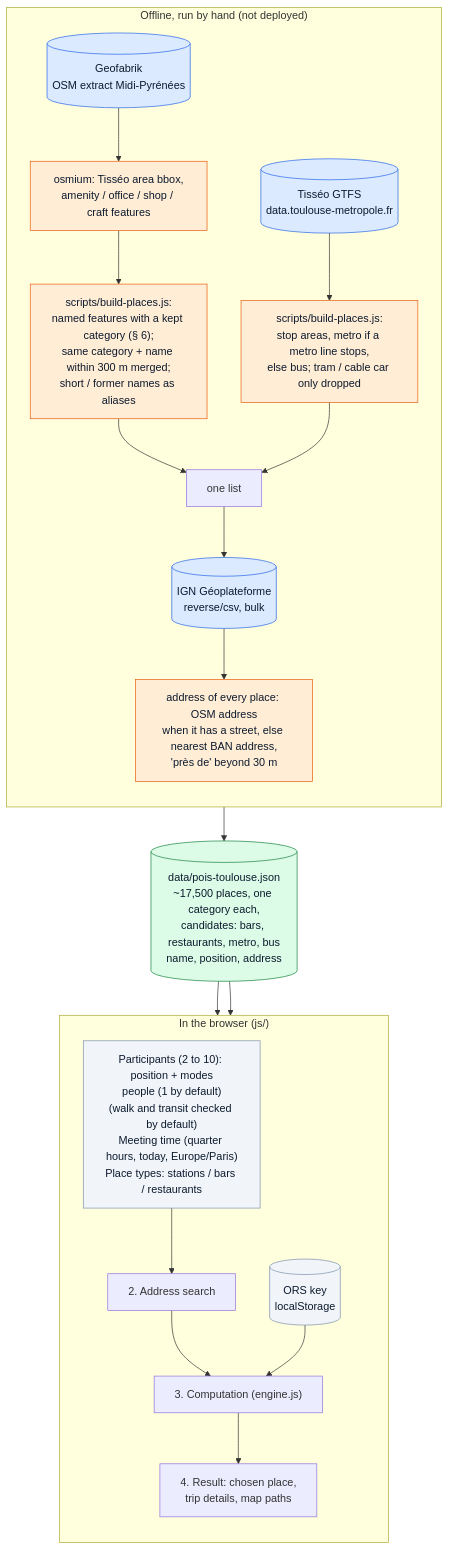
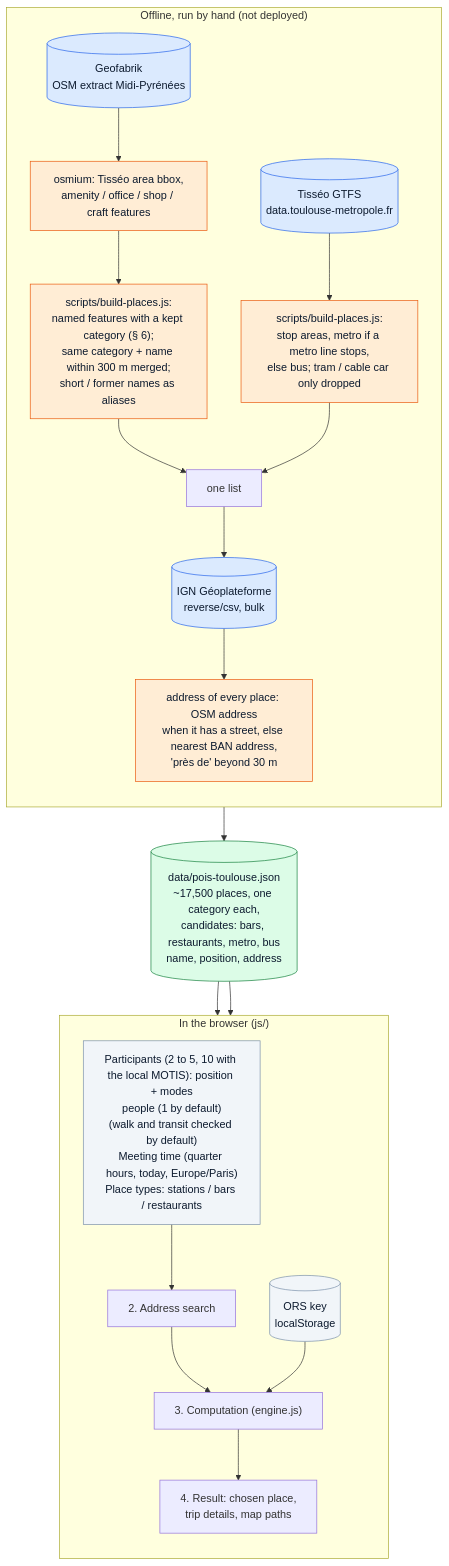
Before and after one commit to NicolasGresset/rendez-vous: the first of 4 diagrams in docs/pipeline.md, drawn with Mermaid. The commit also changed other lines of this file and 2 other files, not shown here.

Commit message:
At most 5 participants with public services, 10 with the local MOTIS

````diff
--- a/docs/pipeline.md
+++ b/docs/pipeline.md
@@ -47,39 +47,39 @@
 ```mermaid
 flowchart TB
     classDef api fill:#DBEAFE,stroke:#2563EB,color:#0C1A2E
     classDef local fill:#DCFCE7,stroke:#15803D,color:#0C1A2E
     classDef algo fill:#FFEDD5,stroke:#EA580C,color:#0C1A2E
     classDef user fill:#F1F5F9,stroke:#7A90AA,color:#0C1A2E
 
     subgraph OFFLINE["Offline, run by hand (not deployed)"]
         direction TB
         GEOFABRIK[("Geofabrik<br/>OSM extract Midi-Pyrénées")]:::api
         OSMIUM["osmium: Tisséo area bbox,<br/>amenity / office / shop / craft features"]:::algo
         OSMPLACES["scripts/build-places.js:<br/>named features with a kept category (§ 6);<br/>same category + name within 300 m merged;<br/>short / former names as aliases"]:::algo
         GTFS[("Tisséo GTFS<br/>data.toulouse-metropole.fr")]:::api
         STOPS["scripts/build-places.js:<br/>stop areas, metro if a metro line stops,<br/>else bus; tram / cable car only dropped"]:::algo
         REVCSV[("IGN Géoplateforme<br/>reverse/csv, bulk")]:::api
         ADDR["address of every place: OSM address<br/>when it has a street, else nearest BAN address,<br/>'près de' beyond 30 m"]:::algo
         GEOFABRIK --> OSMIUM --> OSMPLACES
         GTFS --> STOPS
         OSMPLACES --> MERGE["one list"]
         STOPS --> MERGE
         MERGE --> REVCSV --> ADDR
     end
 
     ADDR --> DATA[("data/pois-toulouse.json<br/>~17,500 places, one category each,<br/>candidates: bars, restaurants, metro, bus<br/>name, position, address")]:::local
 
     subgraph BROWSER["In the browser (js/)"]
         direction TB
         KEY[("ORS key<br/>localStorage")]:::user
-        INPUT["Participants (2 to 10): position + modes<br/>people (1 by default)<br/>(walk and transit checked by default)<br/>Meeting time (quarter hours, today, Europe/Paris)<br/>Place types: stations / bars / restaurants"]:::user
+        INPUT["Participants (2 to 5, 10 with the local MOTIS): position + modes<br/>people (1 by default)<br/>(walk and transit checked by default)<br/>Meeting time (quarter hours, today, Europe/Paris)<br/>Place types: stations / bars / restaurants"]:::user
         SEARCH["2. Address search"]
         ENGINE["3. Computation (engine.js)"]
         RESULT["4. Result: chosen place,<br/>trip details, map paths"]
         INPUT --> SEARCH --> ENGINE --> RESULT
         KEY --> ENGINE
     end
 
     DATA --> SEARCH
     DATA --> ENGINE
 ```
````
